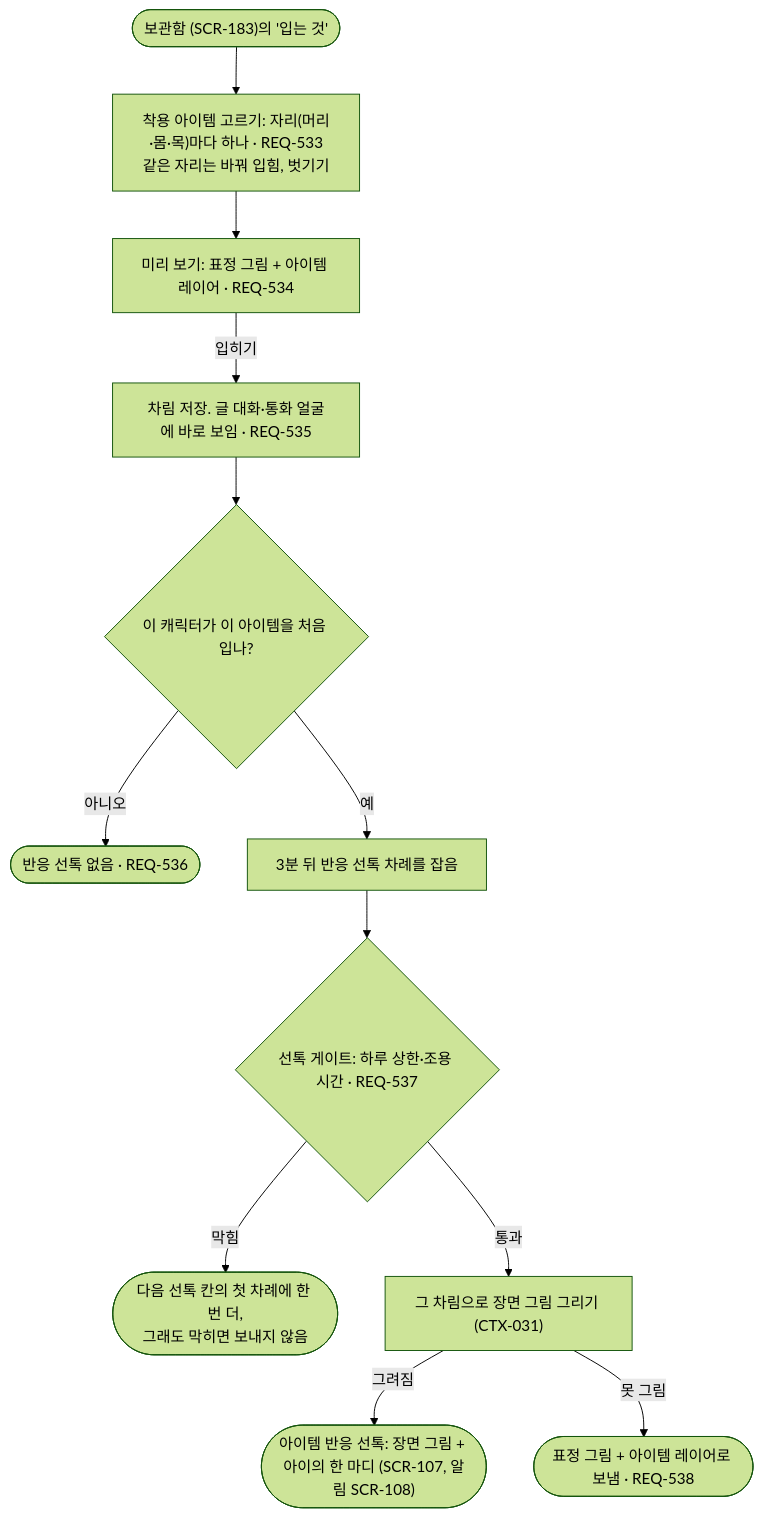
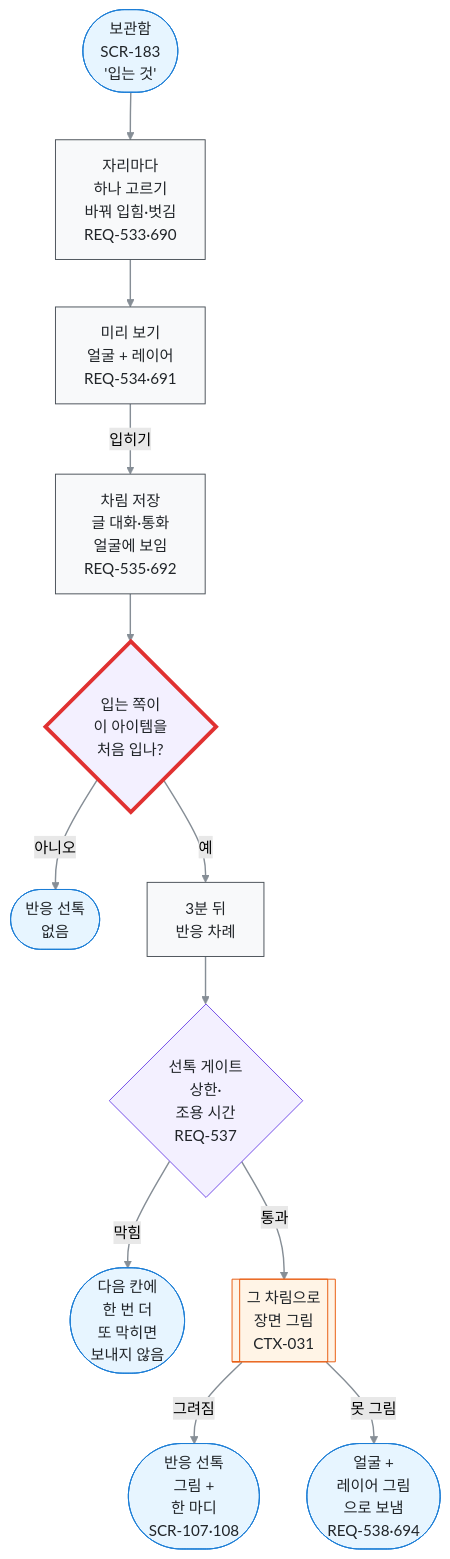
One commit to kodonghui/marong2 changed the diagram in docs/03-user-flow/FL-190-dress-reaction.md. Above: the diagram before and after it, drawn with Mermaid (forest theme). The commit also changed other lines of this file and 17 other files, not shown here.

````diff
--- a/docs/03-user-flow/FL-190-dress-reaction.md
+++ b/docs/03-user-flow/FL-190-dress-reaction.md
@@ -7,14 +7,39 @@
 ```mermaid
 flowchart TD
-  A(["보관함 (SCR-183)의 '입는 것'"]) --> B["착용 아이템 고르기: 자리(머리·몸·목)마다 하나 · REQ-533<br/>같은 자리는 바꿔 입힘, 벗기기"]
-  B --> C["미리 보기: 표정 그림 + 아이템 레이어 · REQ-534"]
-  C -->|"입히기"| D["차림 저장. 글 대화·통화 얼굴에 바로 보임 · REQ-535"]
-  D --> E{"이 캐릭터가 이 아이템을 처음 입나?"}
-  E -->|"아니오"| Z(["반응 선톡 없음 · REQ-536"])
-  E -->|"예"| F["3분 뒤 반응 선톡 차례를 잡음"]
-  F --> G{"선톡 게이트: 하루 상한·조용 시간 · REQ-537"}
-  G -->|"막힘"| G1(["다음 선톡 칸의 첫 차례에 한 번 더,<br/>그래도 막히면 보내지 않음"])
-  G -->|"통과"| H["그 차림으로 장면 그림 그리기 (CTX-031)"]
-  H -->|"그려짐"| I(["아이템 반응 선톡: 장면 그림 + 아이의 한 마디 (SCR-107, 알림 SCR-108)"])
-  H -->|"못 그림"| J(["표정 그림 + 아이템 레이어로 보냄 · REQ-538"])
+  A(["보관함<br/>SCR-183<br/>'입는 것'"])
+  B["자리마다<br/>하나 고르기<br/>바꿔 입힘·벗김<br/>REQ-533·690"]
+  C["미리 보기<br/>얼굴 + 레이어<br/>REQ-534·691"]
+  D["차림 저장<br/>글 대화·통화<br/>얼굴에 보임<br/>REQ-535·692"]
+  E{"입는 쪽이<br/>이 아이템을<br/>처음 입나?"}
+  Z(["반응 선톡<br/>없음"])
+  F["3분 뒤<br/>반응 차례"]
+  G{"선톡 게이트<br/>상한·<br/>조용 시간<br/>REQ-537"}
+  G1(["다음 칸에<br/>한 번 더<br/>또 막히면<br/>보내지 않음"])
+  H[["그 차림으로<br/>장면 그림<br/>CTX-031"]]
+  I(["반응 선톡<br/>그림 +<br/>한 마디<br/>SCR-107·108"])
+  J(["얼굴 +<br/>레이어 그림<br/>으로 보냄<br/>REQ-538·694"])
+  A e1@--> B
+  B e2@--> C
+  C e3@-->|"입히기"| D
+  D e4@--> E
+  E e5@-->|"아니오"| Z
+  E e6@-->|"예"| F
+  F e7@--> G
+  G e8@-->|"막힘"| G1
+  G e9@-->|"통과"| H
+  H e10@-->|"그려짐"| I
+  H e11@-->|"못 그림"| J
+  %% legend: below
+  classDef term fill:#e7f5ff,stroke:#1c7ed6,color:#212529
+  classDef proc fill:#f8f9fa,stroke:#495057,color:#212529
+  classDef decide fill:#f3f0ff,stroke:#7048e8,color:#212529
+  classDef llm fill:#fff4e6,stroke:#e8590c,color:#212529
+  classDef key stroke:#e03131,stroke-width:4px
+  classDef pass stroke:#868e96,stroke-width:1.5px
+  class A,Z,G1,I,J term
+  class B,C,D,F proc
+  class E,G decide
+  class H llm
+  class E key
+  class e1,e2,e3,e4,e5,e6,e7,e8,e9,e10,e11 pass
 ```
````
